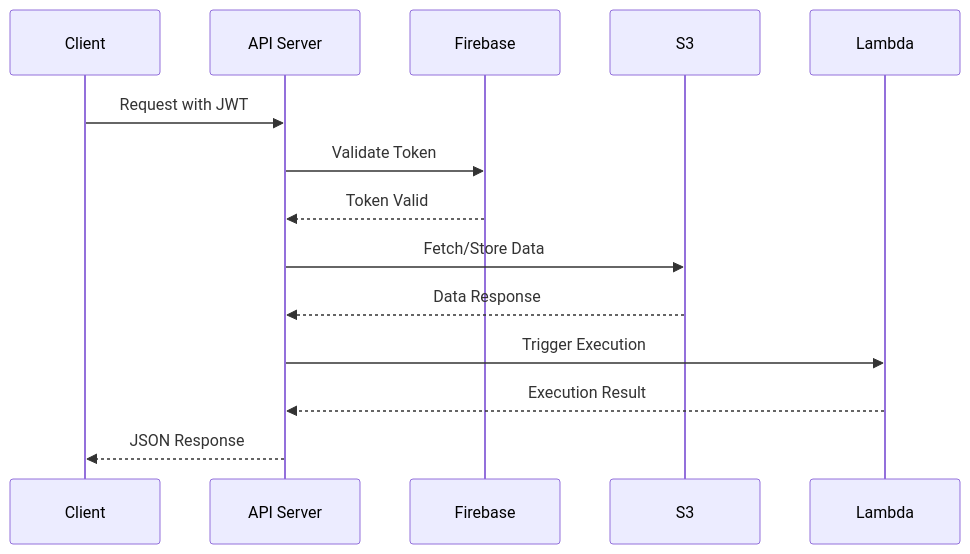
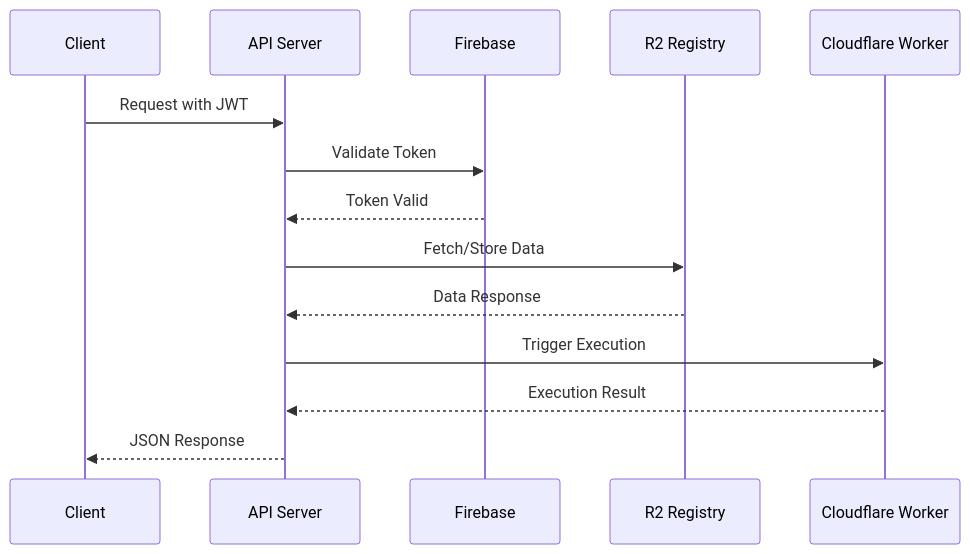
Before and after one commit to areebahmeddd/SuperBox-FE: the second of 6 diagrams in docs/architecture.mdx, drawn with Mermaid. The commit also changed other lines of this file and 43 other files, not shown here.

````diff
--- a/docs/architecture.mdx
+++ b/docs/architecture.mdx
@@ -132,17 +136,17 @@
-    ```mermaid
-    sequenceDiagram
-        participant C as Client
-        participant A as API Server
-        participant F as Firebase
-        participant S as S3
-        participant L as Lambda
-        
-        C->>A: Request with JWT
-        A->>F: Validate Token
-        F-->>A: Token Valid
-        A->>S: Fetch/Store Data
-        S-->>A: Data Response
-        A->>L: Trigger Execution
-        L-->>A: Execution Result
-        A-->>C: JSON Response
-    ```
+ ```mermaid
+ sequenceDiagram
+  participant C as Client
+  participant A as API Server
+  participant F as Firebase
+  participant R as R2 Registry
+  participant W as Cloudflare Worker
+  
+  C->>A: Request with JWT
+  A->>F: Validate Token
+  F-->>A: Token Valid
+  A->>R: Fetch/Store Data
+  R-->>A: Data Response
+  A->>W: Trigger Execution
+  W-->>A: Execution Result
+  A-->>C: JSON Response
+ ```
````
